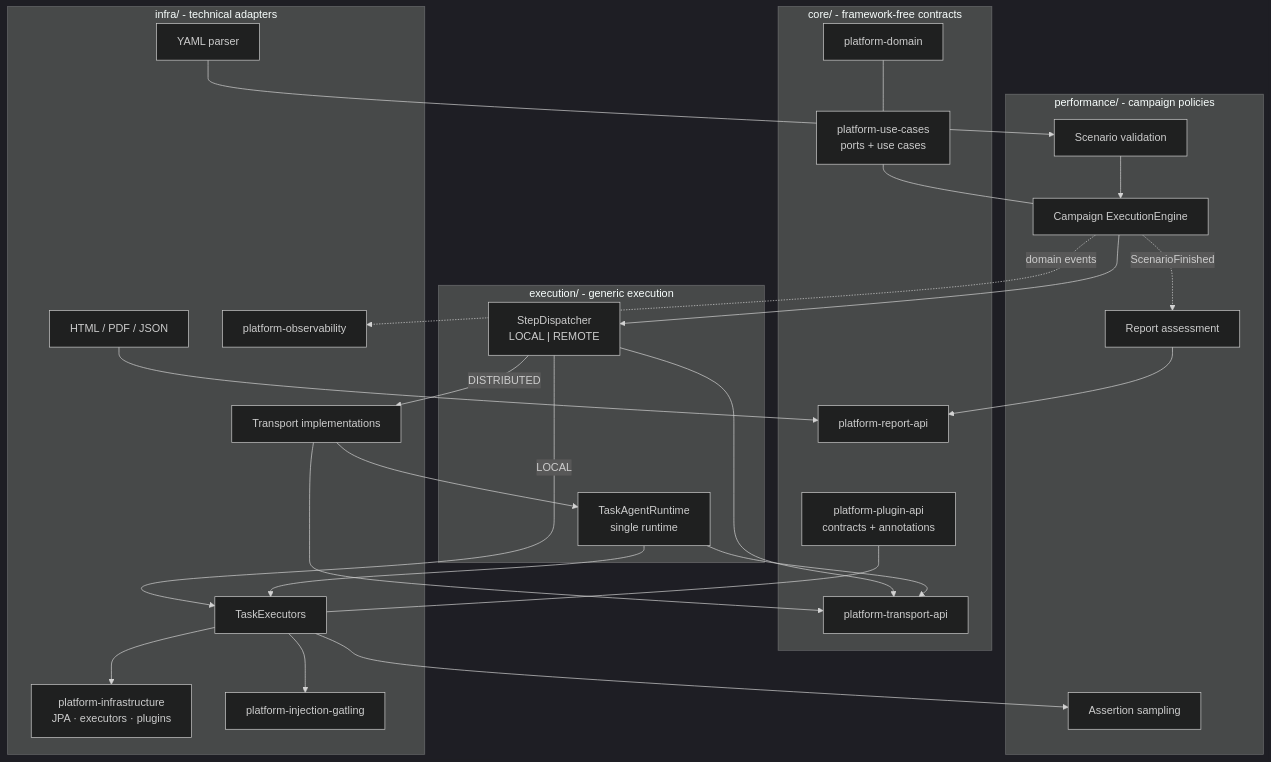
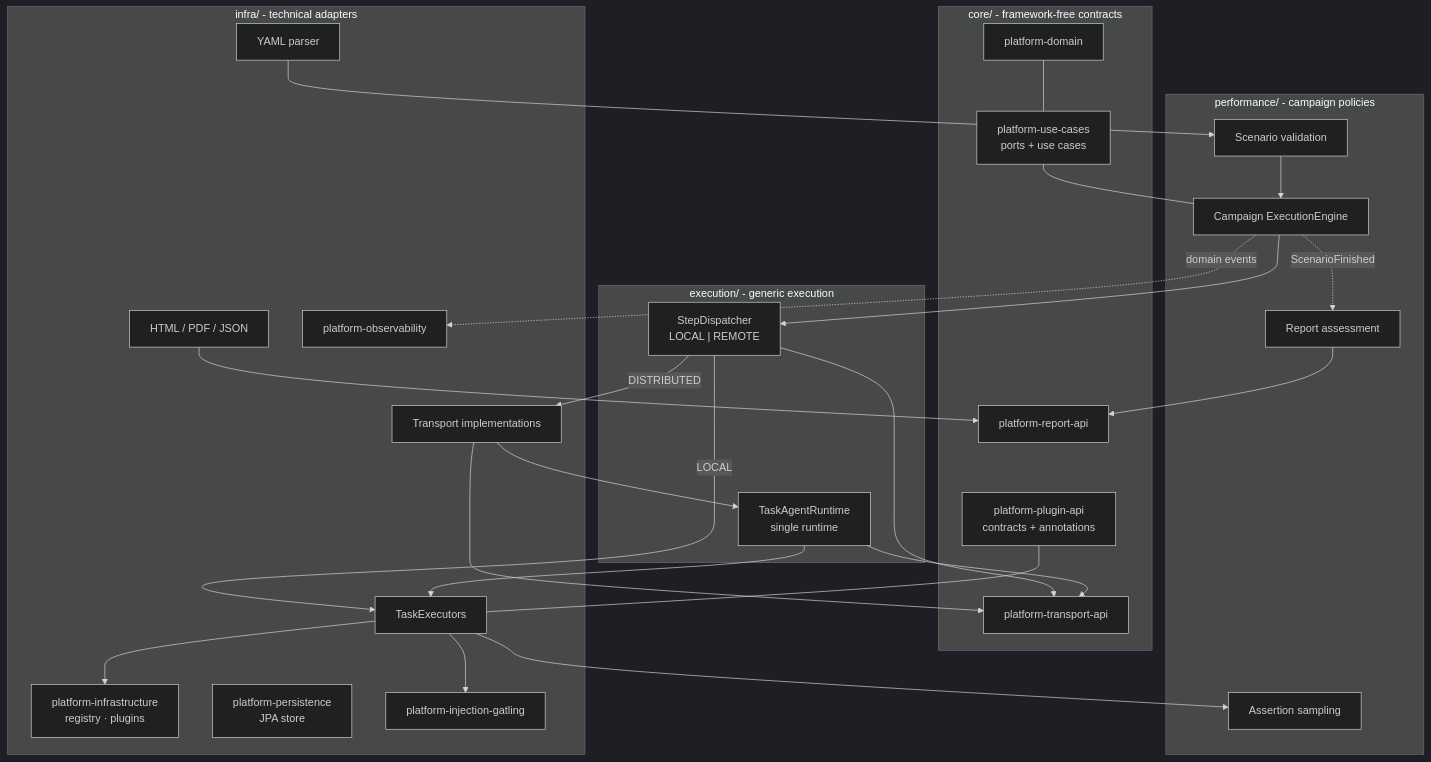
The diagram in README.md (DIFRIN/performance-platform), drawn with Mermaid (dark theme) before and after one commit. The commit also changed other lines of this file and 468 other files, not shown here.

````diff
--- a/README.md
+++ b/README.md
@@ -20,53 +20,54 @@
 ```mermaid
 flowchart TB
     subgraph CORE["core/ - framework-free contracts"]
         DOMAIN["platform-domain"]
         APP_PORTS["platform-use-cases<br/>ports + use cases"]
         PLUGIN_API["platform-plugin-api<br/>contracts + annotations"]
         TRANSPORT_API["platform-transport-api"]
         REPORT_API["platform-report-api"]
     end
 
     subgraph RUNTIME["execution/ - generic execution"]
         DISPATCH["StepDispatcher<br/>LOCAL | REMOTE"]
         AGENT["TaskAgentRuntime<br/>single runtime"]
     end
 
     subgraph PERF["performance/ - campaign policies"]
         DSL["Scenario validation"]
         ENGINE["Campaign ExecutionEngine"]
         ASSERTIONS["Assertion sampling"]
         REPORTING["Report assessment"]
     end
 
     subgraph SUPPORT["infra/ - technical adapters"]
         EXECUTORS["TaskExecutors"]
         TRANSPORT["Transport implementations"]
-        INFRA["platform-infrastructure<br/>JPA · executors · plugins"]
+        INFRA["platform-infrastructure<br/>registry · plugins"]
+        PERSIST["platform-persistence<br/>JPA store"]
         GATLING["platform-injection-gatling"]
         YAML["YAML parser"]
         RENDER["HTML / PDF / JSON"]
         OBS["platform-observability"]
     end
 
     DSL --> ENGINE
     ENGINE --> DISPATCH
     DISPATCH -->|LOCAL| EXECUTORS
     DISPATCH -->|DISTRIBUTED| TRANSPORT
     TRANSPORT --> AGENT
     AGENT --> EXECUTORS
     EXECUTORS --> GATLING
     EXECUTORS --> ASSERTIONS
     EXECUTORS --> INFRA
     ENGINE -.->|ScenarioFinished| REPORTING
     ENGINE -.->|domain events| OBS
     APP_PORTS --- ENGINE
     PLUGIN_API --- EXECUTORS
     DOMAIN --- APP_PORTS
     DISPATCH --> TRANSPORT_API
     AGENT --> TRANSPORT_API
     TRANSPORT --> TRANSPORT_API
     YAML --> DSL
     RENDER --> REPORT_API
     REPORTING --> REPORT_API
 ```
````
